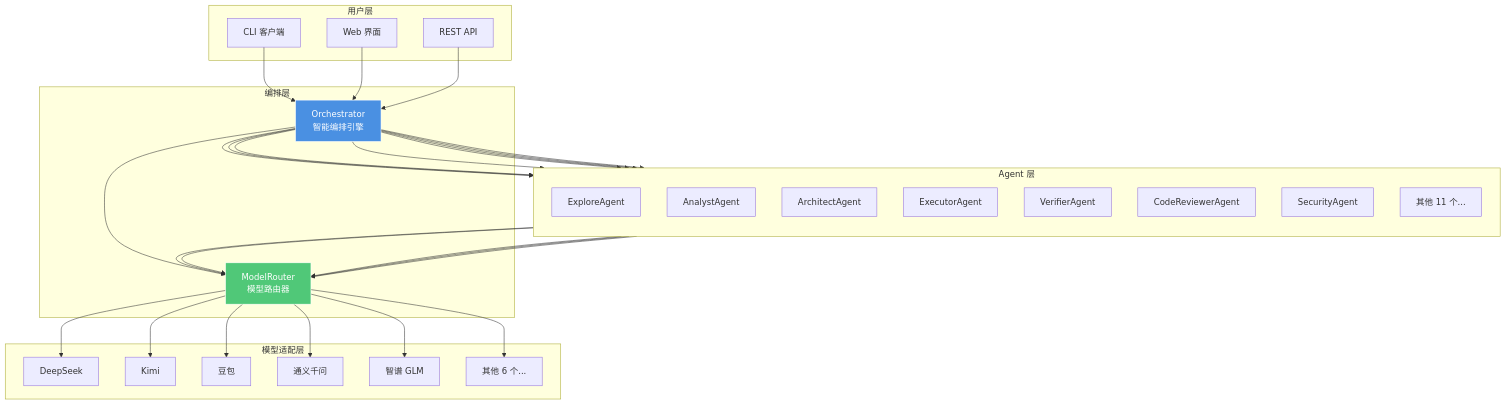
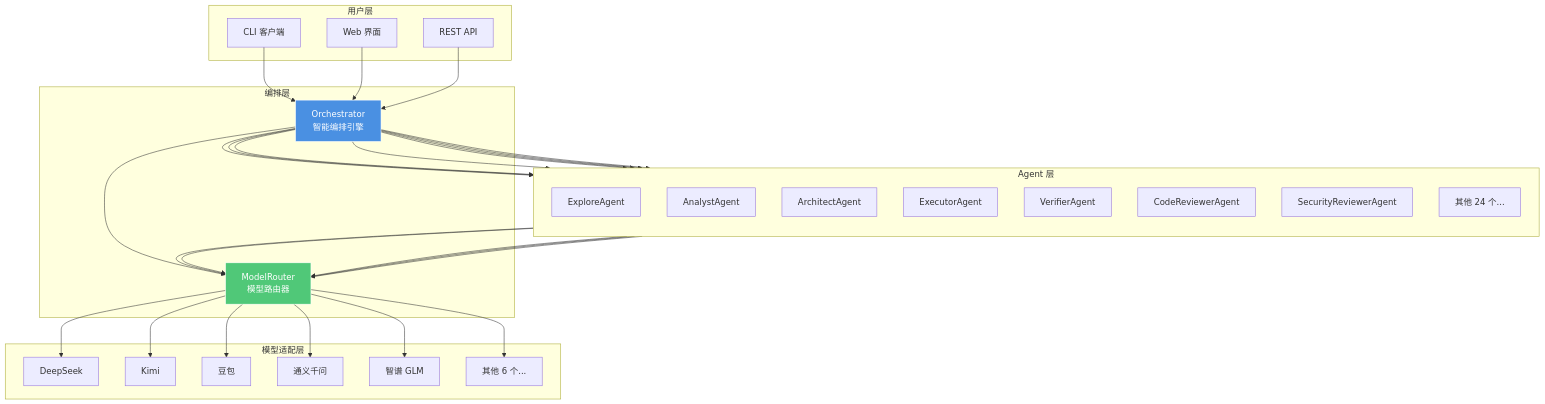
One commit to VOBC/oh-my-coder changed the first of 10 diagrams in docs/ARCHITECTURE.md. Above: the diagram before and after it, drawn with Mermaid. The commit also changed other lines of this file and 9 other files, not shown here.

````diff
--- a/docs/ARCHITECTURE.md
+++ b/docs/ARCHITECTURE.md
@@ -5,64 +5,64 @@
 ```mermaid
 graph TB
     subgraph 用户层["用户层"]
         CLI[CLI 客户端]
         WEB[Web 界面]
         API[REST API]
     end
 
     subgraph 编排层["编排层"]
         ORCH[Orchestrator<br/>智能编排引擎]
         ROUTER[ModelRouter<br/>模型路由器]
     end
 
     subgraph Agent层["Agent 层"]
         direction TB
         A1[ExploreAgent]
         A2[AnalystAgent]
         A3[ArchitectAgent]
         A4[ExecutorAgent]
         A5[VerifierAgent]
         A6[CodeReviewerAgent]
-        A7[SecurityAgent]
-        A8[其他 11 个...]
+        A7[SecurityReviewerAgent]
+        A8[其他 24 个...]
     end
 
     subgraph 模型层["模型适配层"]
         M1[DeepSeek]
         M2[Kimi]
         M3[豆包]
         M4[通义千问]
         M5[智谱 GLM]
         M6[其他 6 个...]
     end
 
     CLI --> ORCH
     WEB --> ORCH
     API --> ORCH
     
     ORCH --> ROUTER
     ORCH --> A1
     ORCH --> A2
     ORCH --> A3
     ORCH --> A4
     ORCH --> A5
     ORCH --> A6
     ORCH --> A7
     ORCH --> A8
 
     A1 --> ROUTER
     A2 --> ROUTER
     A3 --> ROUTER
     A4 --> ROUTER
     A5 --> ROUTER
 
     ROUTER --> M1
     ROUTER --> M2
     ROUTER --> M3
     ROUTER --> M4
     ROUTER --> M5
     ROUTER --> M6
 
     style ORCH fill:#4A90E2,stroke:#fff,color:#fff
     style ROUTER fill:#50C878,stroke:#fff,color:#fff
 ```
````
